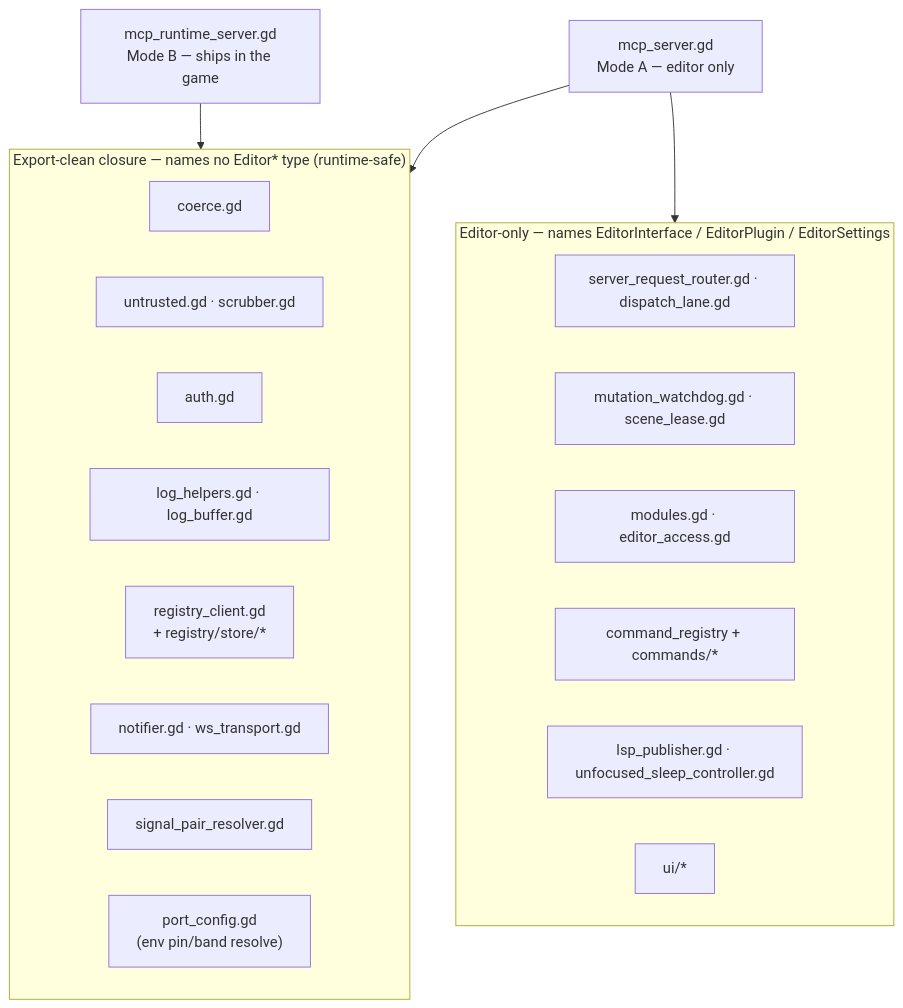
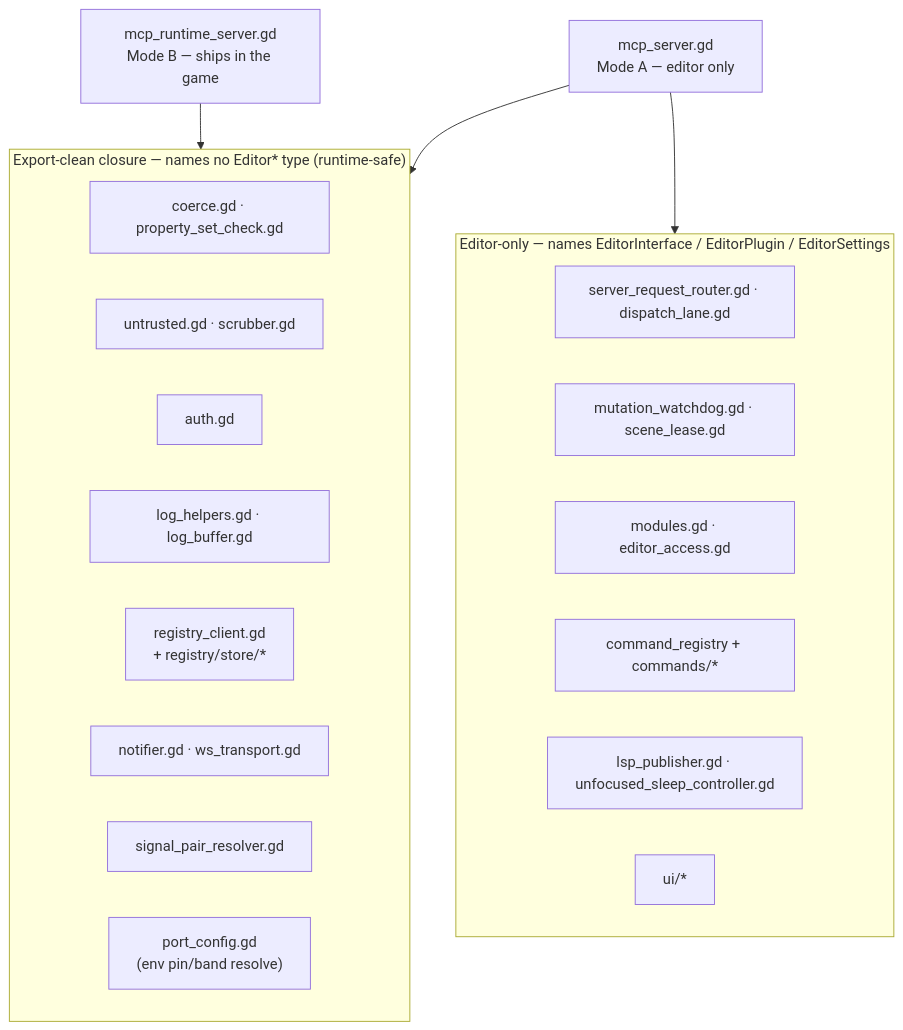
Before and after one commit to NPGameDev/godot-mcp-toolkit: the second of 13 diagrams in docs/architecture/README.md, drawn with Mermaid. The commit also changed other lines of this file, not shown here.

First line of the commit message:
docs(architecture): attest the property-set-check leaf on the taint boundary

````diff
--- a/docs/architecture/README.md
+++ b/docs/architecture/README.md
@@ -143,28 +143,28 @@
 ```mermaid
 flowchart TB
     ModeB["mcp_runtime_server.gd<br/>Mode B — ships in the game"]
     ModeA["mcp_server.gd<br/>Mode A — editor only"]
     subgraph clean["Export-clean closure — names no Editor* type (runtime-safe)"]
       direction LR
-      C1["coerce.gd"]
+      C1["coerce.gd · property_set_check.gd"]
       C2["untrusted.gd · scrubber.gd"]
       C3["auth.gd"]
       C4["log_helpers.gd · log_buffer.gd"]
       C5["registry_client.gd<br/>+ registry/store/*"]
       C6["notifier.gd · ws_transport.gd"]
       C7["signal_pair_resolver.gd"]
       C8["port_config.gd<br/>(env pin/band resolve)"]
     end
     subgraph tainted["Editor-only — names EditorInterface / EditorPlugin / EditorSettings"]
       direction LR
       D1["server_request_router.gd · dispatch_lane.gd"]
       D2["mutation_watchdog.gd · scene_lease.gd"]
       D3["modules.gd · editor_access.gd"]
       D4["command_registry + commands/*"]
       D5["lsp_publisher.gd · unfocused_sleep_controller.gd"]
       D6["ui/*"]
     end
     ModeB --> clean
     ModeA --> clean
     ModeA --> tainted
 ```
````
